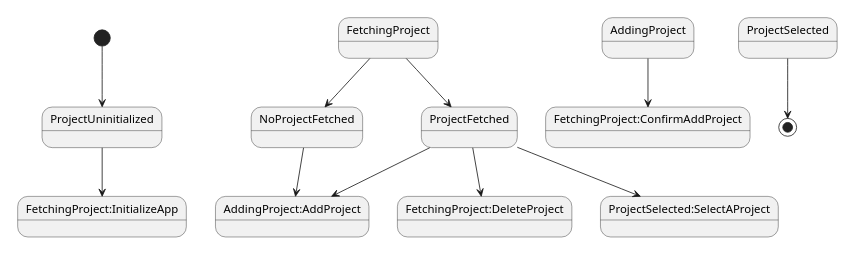
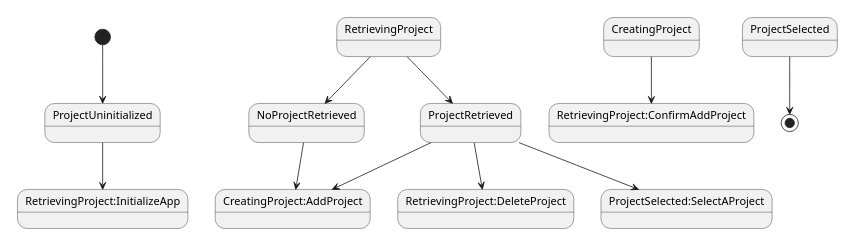
One commit to amamiseiya/shonichi_Flutter changed the diagram in flutter_module/documents/home_page_state.wsd. Above: the diagram before and after it, drawn with PlantUML. The commit also changed 75 other files, not shown here.

```diff
--- a/flutter_module/documents/home_page_state.wsd
+++ b/flutter_module/documents/home_page_state.wsd
@@ -1,14 +1,14 @@
 @startuml HomePageState
 scale 500 width
 
 [*] --> ProjectUninitialized
-ProjectUninitialized-->FetchingProject:InitializeApp
-FetchingProject-->NoProjectFetched
-FetchingProject-->ProjectFetched
-NoProjectFetched-->AddingProject:AddProject
-ProjectFetched-->AddingProject:AddProject
-ProjectFetched-->FetchingProject:DeleteProject
-AddingProject-->FetchingProject:ConfirmAddProject
-ProjectFetched-->ProjectSelected:SelectAProject
+ProjectUninitialized-->RetrievingProject:InitializeApp
+RetrievingProject-->NoProjectRetrieved
+RetrievingProject-->ProjectRetrieved
+NoProjectRetrieved-->CreatingProject:AddProject
+ProjectRetrieved-->CreatingProject:AddProject
+ProjectRetrieved-->RetrievingProject:DeleteProject
+CreatingProject-->RetrievingProject:ConfirmAddProject
+ProjectRetrieved-->ProjectSelected:SelectAProject
 ProjectSelected-->[*]
 @enduml
```
